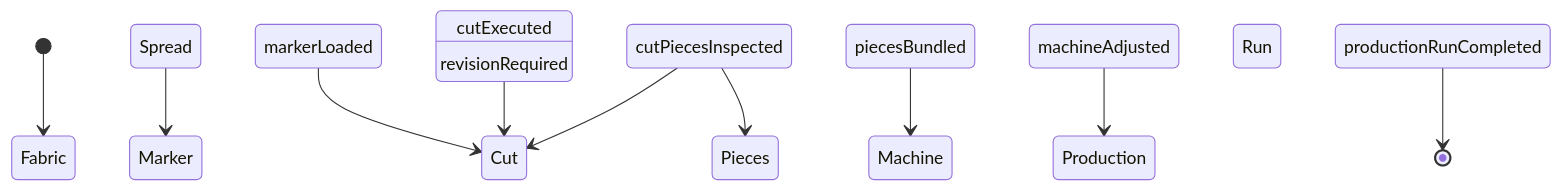
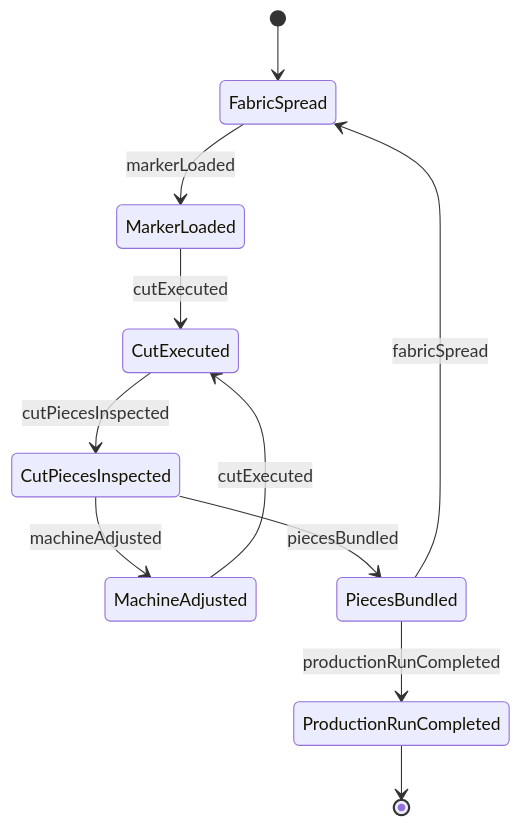
One commit to dot-org-ai/tasks.org.ai changed the second of 4 diagrams in ControllingMachinesAndProcesses/OperateCuttingOrGrindingEquipment/OperateTextileCuttingProductionEquipment.mdx. Above: the diagram before and after it, drawn with Mermaid. The commit also changed other lines of this file and 515 other files, not shown here.

````diff
--- a/ControllingMachinesAndProcesses/OperateCuttingOrGrindingEquipment/OperateTextileCuttingProductionEquipment.mdx
+++ b/ControllingMachinesAndProcesses/OperateCuttingOrGrindingEquipment/OperateTextileCuttingProductionEquipment.mdx
@@ -99,12 +99,13 @@
 ```mermaid
 stateDiagram-v2
-    [*] --> Fabric Spread
-    Fabric Spread --> Marker Loaded : markerLoaded
-    Marker Loaded --> Cut Executed : cutExecuted
-    Cut Executed --> Cut Pieces Inspected : cutPiecesInspected
-    Cut Pieces Inspected --> Pieces Bundled : piecesBundled
-    Pieces Bundled --> Machine Adjusted : machineAdjusted
-    Machine Adjusted --> Production Run Completed : productionRunCompleted
-    Cut Pieces Inspected --> Cut Executed : revisionRequired
-    Production Run Completed --> [*]
+    [*] --> FabricSpread
+    FabricSpread --> MarkerLoaded : markerLoaded
+    MarkerLoaded --> CutExecuted : cutExecuted
+    CutExecuted --> CutPiecesInspected : cutPiecesInspected
+    CutPiecesInspected --> MachineAdjusted : machineAdjusted
+    MachineAdjusted --> CutExecuted : cutExecuted
+    CutPiecesInspected --> PiecesBundled : piecesBundled
+    PiecesBundled --> FabricSpread : fabricSpread
+    PiecesBundled --> ProductionRunCompleted : productionRunCompleted
+    ProductionRunCompleted --> [*]
 ```
````
